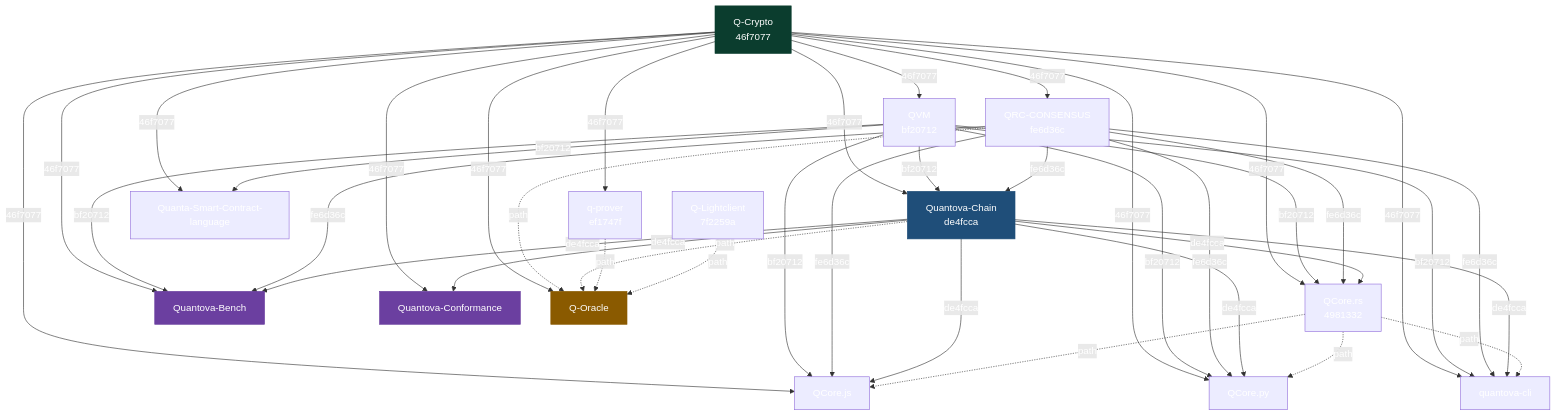
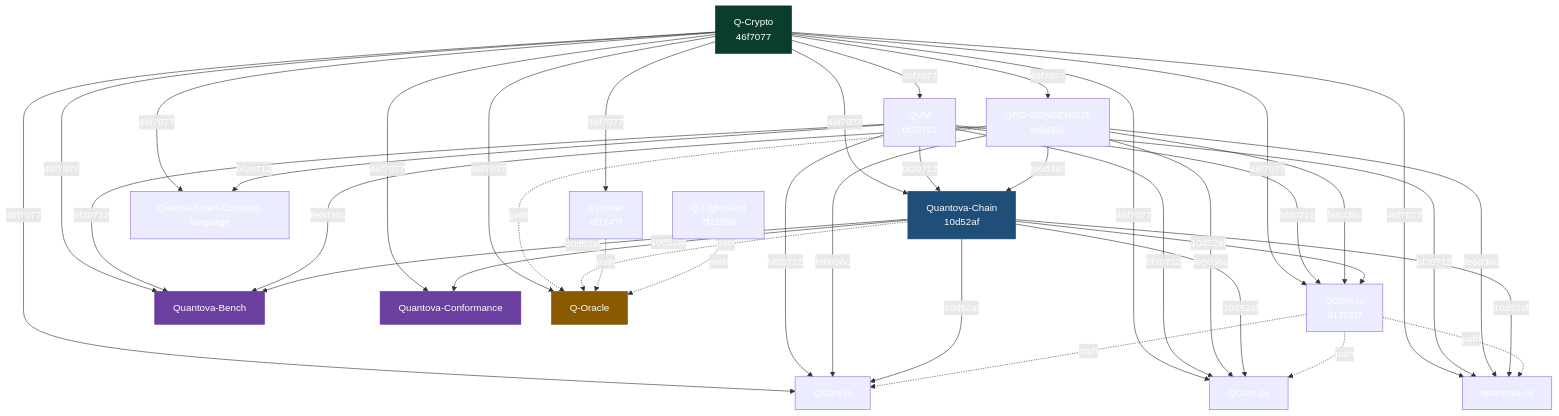
One commit to Quantova/Quantova-Ci changed the diagram in docs/pin-flow.md. Above: the diagram before and after it, drawn with Mermaid. The commit also changed other lines of this file, not shown here.

Commit message:
record the current chain and core in the pin map

````diff
--- a/docs/pin-flow.md
+++ b/docs/pin-flow.md
@@ -5,69 +5,69 @@
 ```mermaid
 graph TD
     QCRYPTO["Q-Crypto<br/>46f7077"]
     QVM["QVM<br/>bf20712"]
     QRC["QRC-CONSENSUS<br/>fe6d36c"]
     QPROVER["q-prover<br/>ef1747f"]
     QLC["Q-Lightclient<br/>7f2259a"]
-    CHAIN["Quantova-Chain<br/>de4fcca"]
+    CHAIN["Quantova-Chain<br/>10d52af"]
     QUANTA["Quanta-Smart-Contract-language"]
-    QCORERS["QCore.rs<br/>4981332"]
+    QCORERS["QCore.rs<br/>d1358f7"]
     QCOREJS["QCore.js"]
     QCOREPY["QCore.py"]
     CLI["quantova-cli"]
     BENCH["Quantova-Bench"]
     CONF["Quantova-Conformance"]
     ORACLE["Q-Oracle"]
 
     QCRYPTO -->|46f7077| QVM
     QCRYPTO -->|46f7077| QRC
     QCRYPTO -->|46f7077| QPROVER
     QCRYPTO -->|46f7077| CHAIN
     QCRYPTO -->|46f7077| QUANTA
     QCRYPTO -->|46f7077| QCORERS
     QCRYPTO -->|46f7077| QCOREJS
     QCRYPTO -->|46f7077| QCOREPY
     QCRYPTO -->|46f7077| CLI
     QCRYPTO -->|46f7077| BENCH
     QCRYPTO -->|46f7077| CONF
     QCRYPTO -->|46f7077| ORACLE
 
     QVM -->|bf20712| CHAIN
     QVM -->|bf20712| QUANTA
     QVM -->|bf20712| QCORERS
     QVM -->|bf20712| QCOREJS
     QVM -->|bf20712| QCOREPY
     QVM -->|bf20712| CLI
     QVM -->|bf20712| BENCH
 
     QRC -->|fe6d36c| CHAIN
     QRC -->|fe6d36c| QCORERS
     QRC -->|fe6d36c| QCOREJS
     QRC -->|fe6d36c| QCOREPY
     QRC -->|fe6d36c| CLI
     QRC -->|fe6d36c| BENCH
 
-    CHAIN -->|de4fcca| QCORERS
-    CHAIN -->|de4fcca| QCOREJS
-    CHAIN -->|de4fcca| QCOREPY
-    CHAIN -->|de4fcca| CLI
-    CHAIN -->|de4fcca| BENCH
-    CHAIN -->|de4fcca| CONF
+    CHAIN -->|10d52af| QCORERS
+    CHAIN -->|10d52af| QCOREJS
+    CHAIN -->|10d52af| QCOREPY
+    CHAIN -->|10d52af| CLI
+    CHAIN -->|10d52af| BENCH
+    CHAIN -->|10d52af| CONF
 
     QCORERS -.->|path| QCOREJS
     QCORERS -.->|path| QCOREPY
     QCORERS -.->|path| CLI
     QRC -.->|path| ORACLE
     CHAIN -.->|path| ORACLE
     QPROVER -.->|path| ORACLE
     QLC -.->|path| ORACLE
 
     classDef root fill:#0b3d2e,stroke:#0b3d2e,color:#ffffff
     classDef integ fill:#1f4e79,stroke:#1f4e79,color:#ffffff
     classDef leaf fill:#6b3fa0,stroke:#6b3fa0,color:#ffffff
     classDef airlock fill:#8a5a00,stroke:#8a5a00,color:#ffffff
     class QCRYPTO root
     class CHAIN integ
     class BENCH,CONF leaf
     class ORACLE airlock
 ```
````
